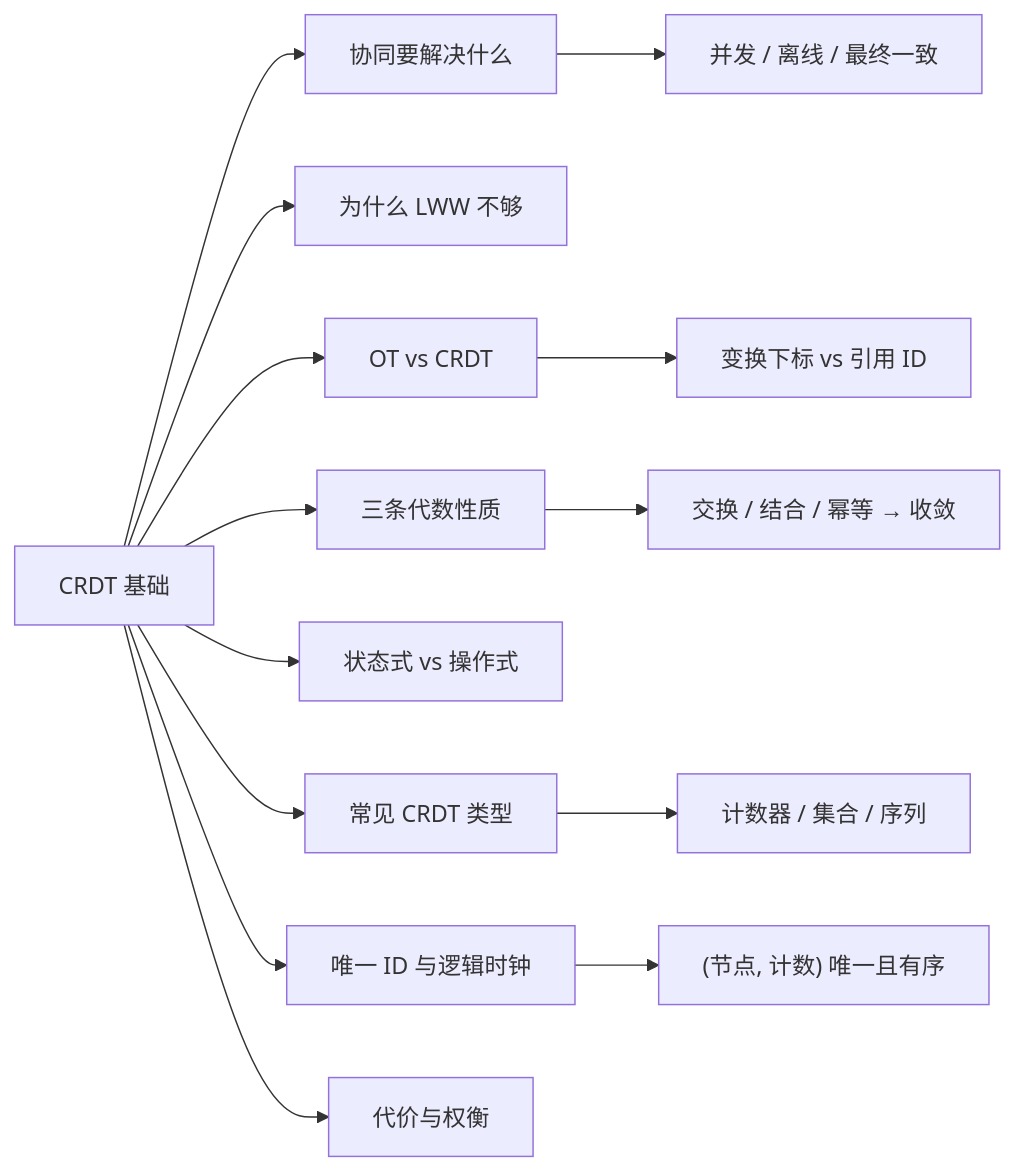
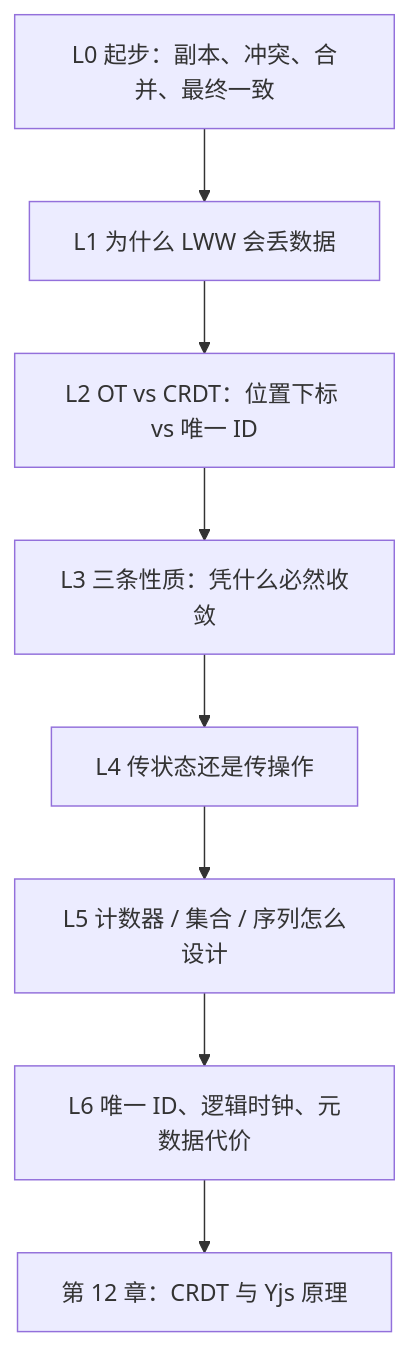
The first of 6 diagrams in learning-guide/03-编程语言与基础技术/08-CRDT基础入门.md (lfire/AFFiNE), drawn with Mermaid before and after one commit. The commit also changed other lines of this file and 6 other files, not shown here.

````diff
--- a/learning-guide/03-编程语言与基础技术/08-CRDT基础入门.md
+++ b/learning-guide/03-编程语言与基础技术/08-CRDT基础入门.md
@@ -34,16 +84,10 @@
 ```mermaid
-flowchart LR
-  A["CRDT 基础"] --> B["协同要解决什么"]
-  A --> C["为什么 LWW 不够"]
-  A --> D["OT vs CRDT"]
-  A --> E["三条代数性质"]
-  A --> F["状态式 vs 操作式"]
-  A --> G["常见 CRDT 类型"]
-  A --> H["唯一 ID 与逻辑时钟"]
-  A --> I["代价与权衡"]
-  B --> B1["并发 / 离线 / 最终一致"]
-  D --> D1["变换下标 vs 引用 ID"]
-  E --> E1["交换 / 结合 / 幂等 → 收敛"]
-  G --> G1["计数器 / 集合 / 序列"]
-  H --> H1["(节点, 计数) 唯一且有序"]
+flowchart TD
+  L0["L0 起步：副本、冲突、合并、最终一致"] --> L1["L1 为什么 LWW 会丢数据"]
+  L1 --> L2["L2 OT vs CRDT：位置下标 vs 唯一 ID"]
+  L2 --> L3["L3 三条性质：凭什么必然收敛"]
+  L3 --> L4["L4 传状态还是传操作"]
+  L4 --> L5["L5 计数器 / 集合 / 序列怎么设计"]
+  L5 --> L6["L6 唯一 ID、逻辑时钟、元数据代价"]
+  L6 --> N["第 12 章：CRDT 与 Yjs 原理"]
 ```
````
